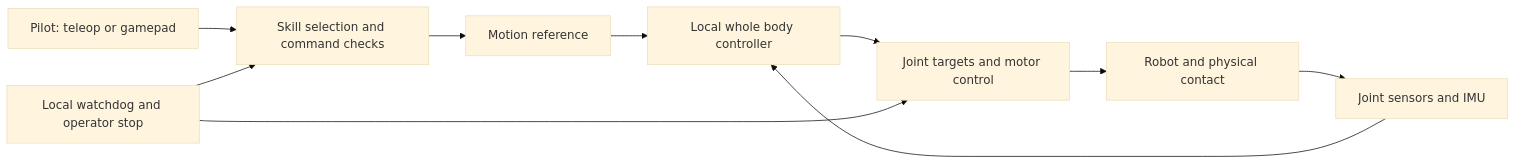
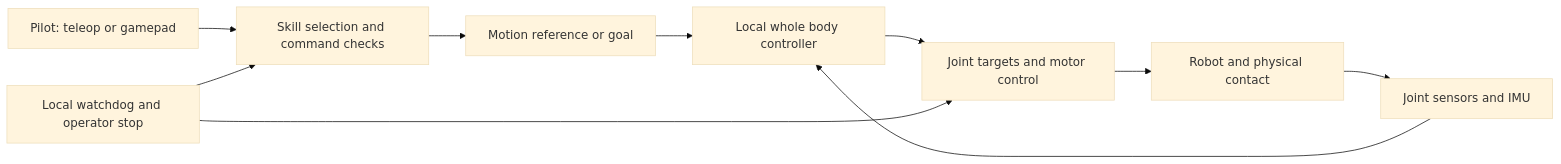
The diagram in README.md (katari16/robot_fights_technical), drawn with Mermaid (base theme) before and after one commit. The commit also changed other lines of this file and 7 other files, not shown here.

````diff
--- a/README.md
+++ b/README.md
@@ -25,12 +97,12 @@
 ```mermaid
 flowchart LR
     P["Pilot: teleop or gamepad"] --> S["Skill selection and command checks"]
-    S --> R["Motion reference"]
+    S --> R["Motion reference or goal"]
     R --> C["Local whole body controller"]
     O["Joint sensors and IMU"] --> C
     C --> M["Joint targets and motor control"]
     M --> B["Robot and physical contact"]
     B --> O
     W["Local watchdog and operator stop"] --> S
     W --> M
 ```
````
